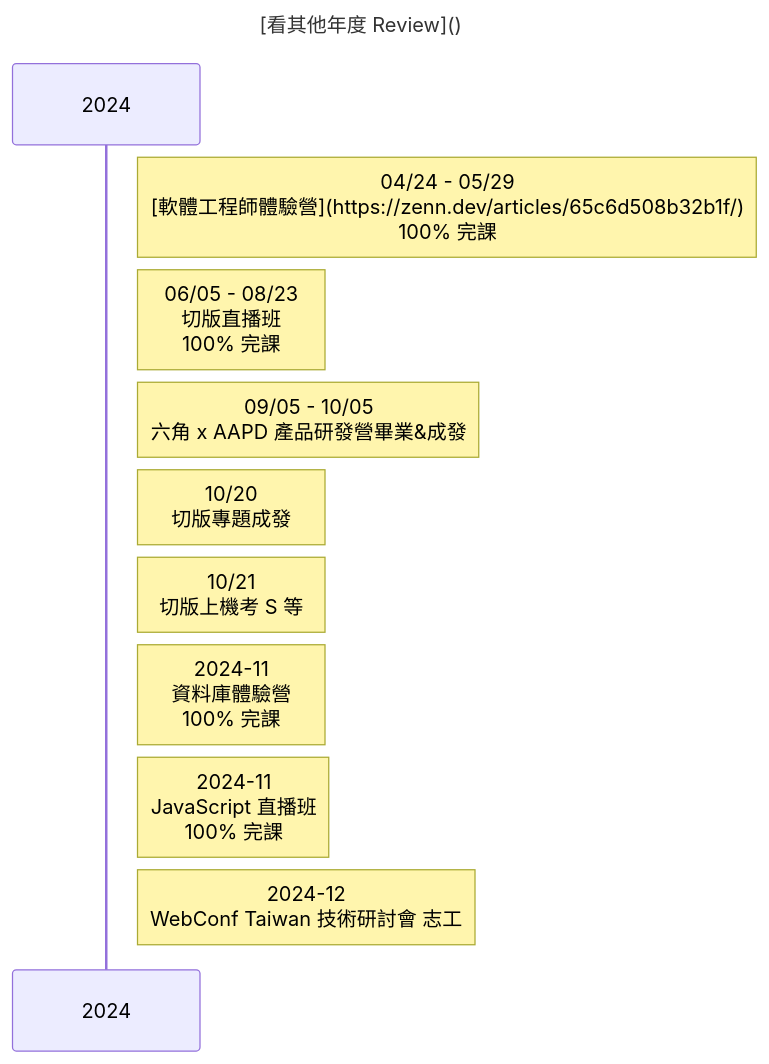
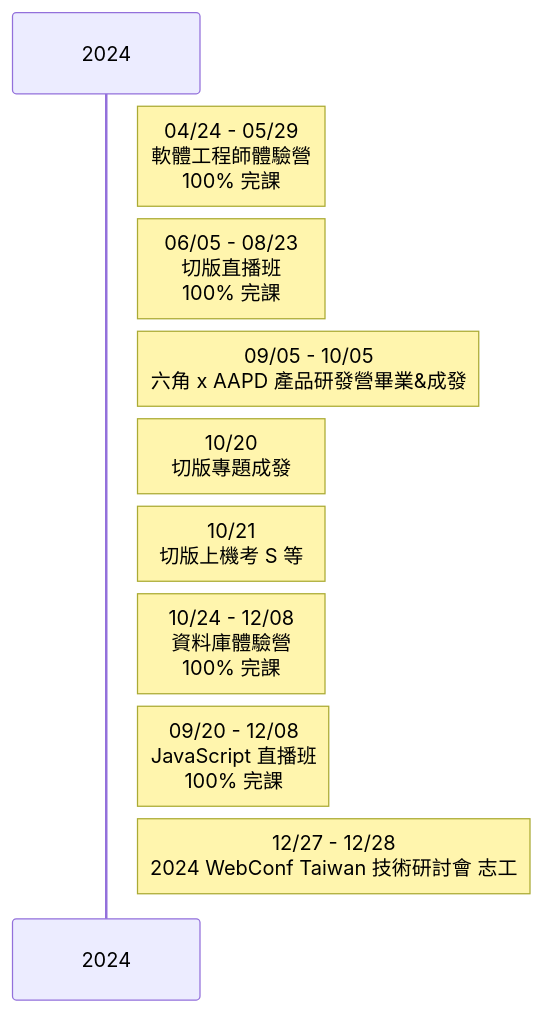
One commit to CloveTseng/CloveTseng changed the diagram in README.md. Above: the diagram before and after it, drawn with Mermaid. The commit also changed other lines of this file, not shown here.

Commit message:
update mermaid

````diff
--- a/README.md
+++ b/README.md
@@ -64,15 +49,15 @@
 ```mermaid
 sequenceDiagram
-    title [看其他年度 Review]()
+    title  
 
     participant 2024
 
-    Note right of 2024: 04/24 - 05/29 <br>[軟體工程師體驗營](https://zenn.dev/articles/65c6d508b32b1f/)<br>100% 完課
+    Note right of 2024: 04/24 - 05/29 <br>軟體工程師體驗營<br>100% 完課
     Note right of 2024: 06/05 - 08/23 <br>切版直播班<br>100% 完課
     Note right of 2024: 09/05 - 10/05 <br>六角 x AAPD 產品研發營畢業&成發
     Note right of 2024: 10/20 <br>切版專題成發
     Note right of 2024: 10/21 <br>切版上機考 S 等
-    Note right of 2024: 2024-11<br>資料庫體驗營<br>100% 完課
-    Note right of 2024: 2024-11<br>JavaScript 直播班<br>100% 完課
-    Note right of 2024: 2024-12<br>WebConf Taiwan 技術研討會 志工
+    Note right of 2024: 10/24 - 12/08 <br>資料庫體驗營<br>100% 完課
+    Note right of 2024: 09/20 - 12/08 <br>JavaScript 直播班<br>100% 完課
+    Note right of 2024: 12/27 - 12/28 <br>2024 WebConf Taiwan 技術研討會 志工
 ```
````
